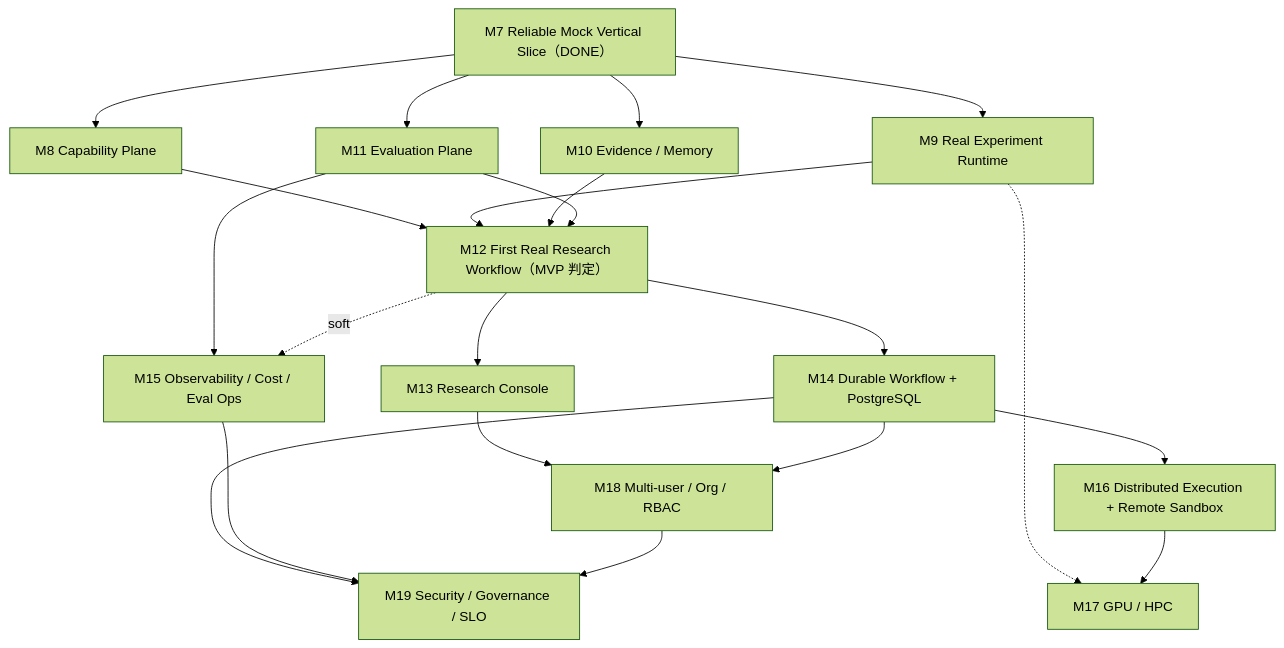
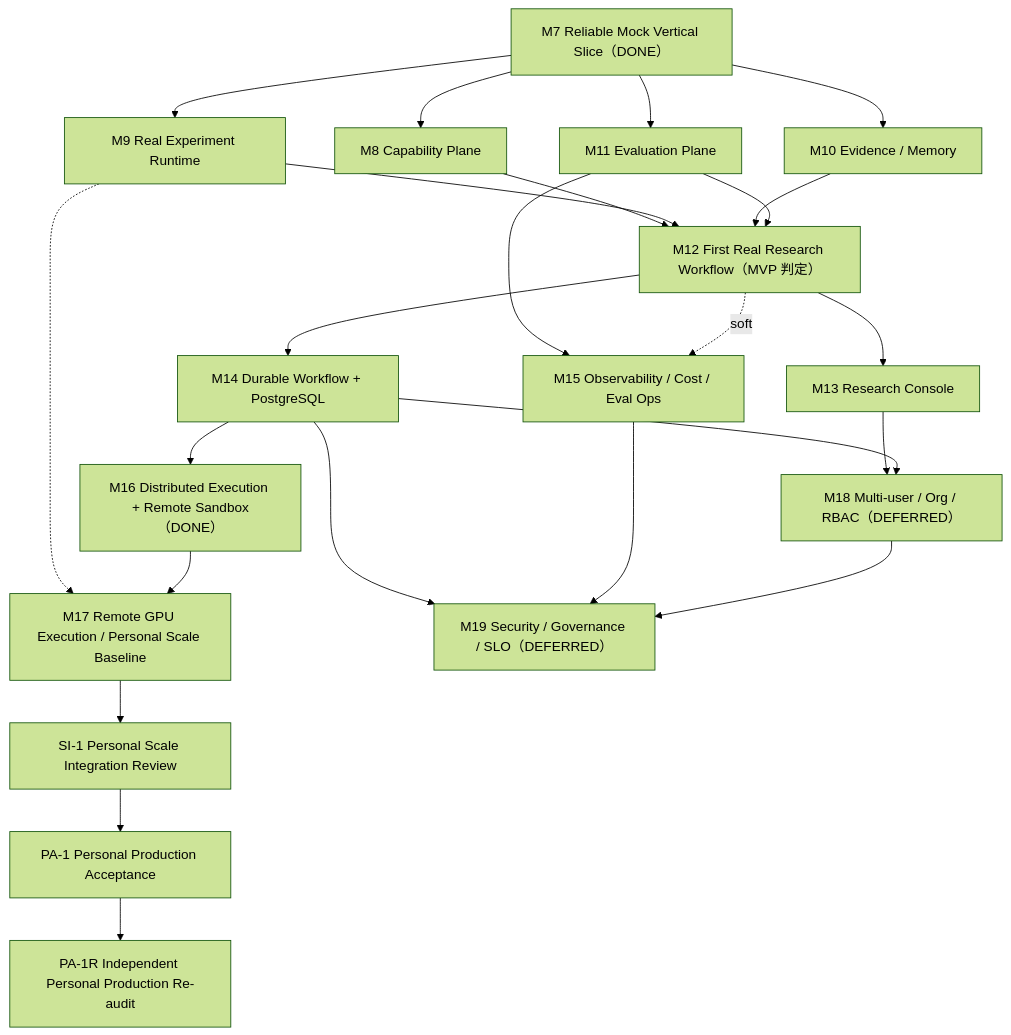
One commit to Eswink/research-system-new changed the diagram in docs/roadmap/MILESTONES.md. Above: the diagram before and after it, drawn with Mermaid (forest theme). The commit also changed other lines of this file and 7 other files, not shown here.

First line of the commit message:
docs(roadmap): RM-P2 personal rebaseline — M17 contraction, M18/M19 deferred, SI-1/PA-1/PA-1R

````diff
--- a/docs/roadmap/MILESTONES.md
+++ b/docs/roadmap/MILESTONES.md
@@ -104,23 +123,26 @@
 ```mermaid
 graph TD
     M7["M7 Reliable Mock Vertical Slice（DONE）"] --> M8["M8 Capability Plane"]
     M7 --> M9["M9 Real Experiment Runtime"]
     M7 --> M10["M10 Evidence / Memory"]
     M7 --> M11["M11 Evaluation Plane"]
     M8 --> M12["M12 First Real Research Workflow（MVP 判定）"]
     M9 --> M12
     M10 --> M12
     M11 --> M12
     M12 --> M13["M13 Research Console"]
     M12 --> M14["M14 Durable Workflow + PostgreSQL"]
     M11 --> M15["M15 Observability / Cost / Eval Ops"]
     M12 -. soft .-> M15
-    M14 --> M16["M16 Distributed Execution + Remote Sandbox"]
-    M9 -.-> M17["M17 GPU / HPC"]
+    M14 --> M16["M16 Distributed Execution + Remote Sandbox（DONE）"]
+    M9 -.-> M17["M17 Remote GPU Execution / Personal Scale Baseline"]
     M16 --> M17
-    M13 --> M18["M18 Multi-user / Org / RBAC"]
+    M17 --> SI1["SI-1 Personal Scale Integration Review"]
+    SI1 --> PA1["PA-1 Personal Production Acceptance"]
+    PA1 --> PA1R["PA-1R Independent Personal Production Re-audit"]
+    M13 --> M18["M18 Multi-user / Org / RBAC（DEFERRED）"]
     M14 --> M18
-    M14 --> M19["M19 Security / Governance / SLO"]
+    M14 --> M19["M19 Security / Governance / SLO（DEFERRED）"]
     M15 --> M19
     M18 --> M19
 ```
````
